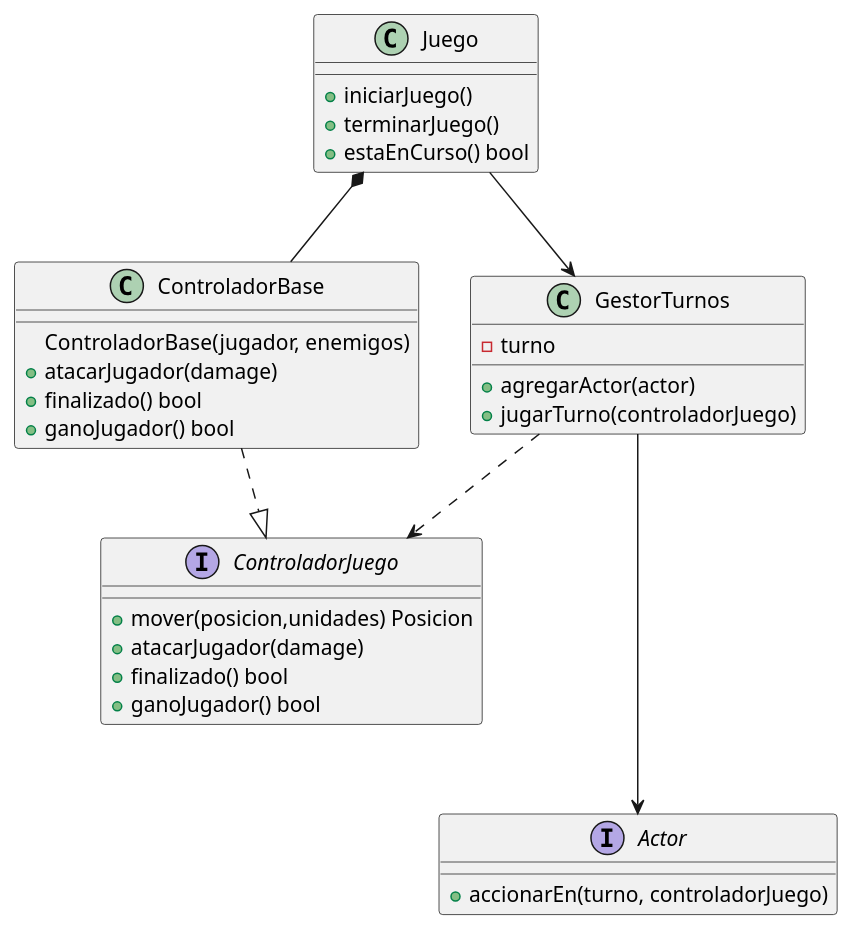
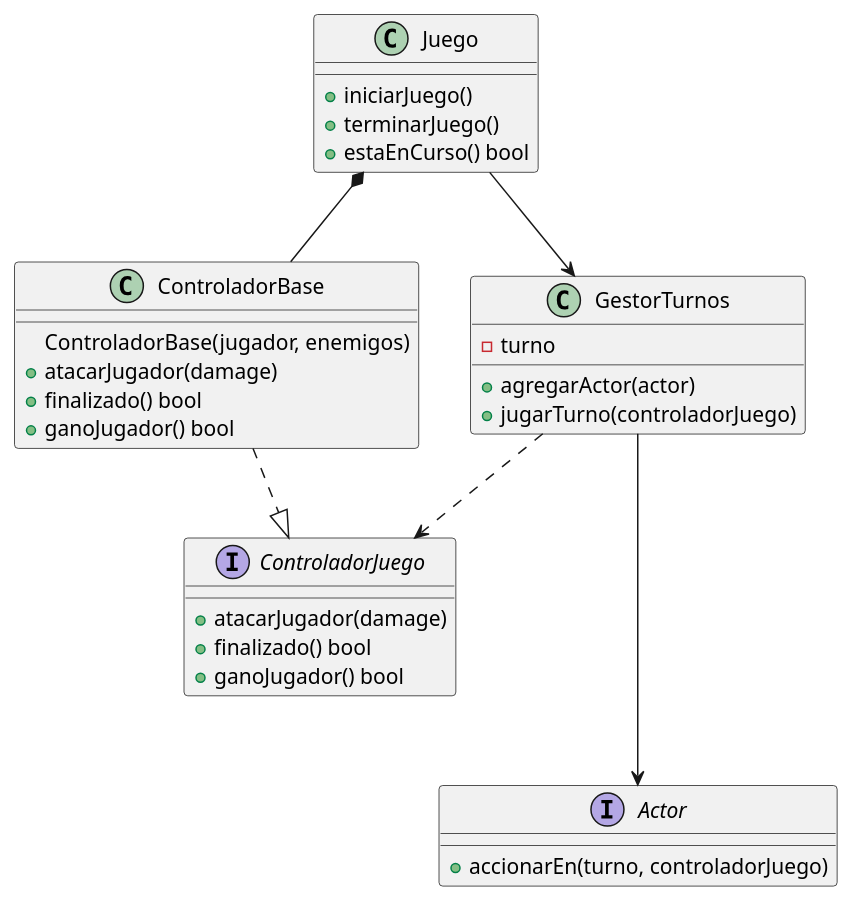
One commit to MarceloAgustinOrigoniGuillaume/Algo3_TP2_1C2023 changed the diagram in diagrams/classes/prototipoMarcelo/cicloDelJuego.puml. Above: the diagram before and after it, drawn with PlantUML. The commit also changed 4 other files, not shown here.

```diff
--- a/diagrams/classes/prototipoMarcelo/cicloDelJuego.puml
+++ b/diagrams/classes/prototipoMarcelo/cicloDelJuego.puml
@@ -1,51 +1,50 @@
 @startuml
 
 class Juego{
     + iniciarJuego()
     + terminarJuego()
     + estaEnCurso() bool
 }
 
 interface ControladorJuego{
-    + mover(posicion,unidades) Posicion
     + atacarJugador(damage)
     + finalizado() bool
     + ganoJugador() bool
 }
 
 class ControladorBase{
     ControladorBase(jugador, enemigos)
     + atacarJugador(damage)
     + finalizado() bool
     + ganoJugador() bool
 }
 
 ControladorBase ..|> ControladorJuego
 Juego *-- ControladorBase
 
 
 interface Actor{
     +accionarEn(turno, controladorJuego)
 }
 
 class GestorTurnos{
     -turno
     +agregarActor(actor)
     +jugarTurno(controladorJuego)
 }
 
 GestorTurnos ---> Actor
 
 
 
 
 
 
 Juego --> GestorTurnos
 
 
 GestorTurnos..> ControladorJuego
 
 
 
 @enduml
```
